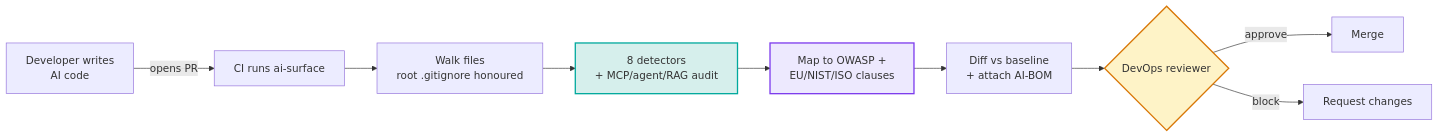
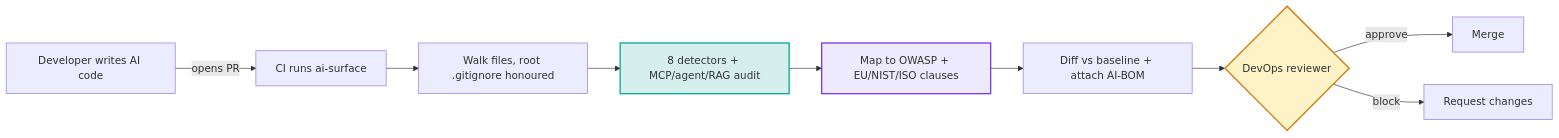
Before and after one commit to actions-marketplace-validations/apisec-inc_AI-Surface: the diagram in README.md, drawn with Mermaid. The commit also changed other lines of this file, not shown here.

````diff
--- a/README.md
+++ b/README.md
@@ -332,15 +268,15 @@
 ```mermaid
 flowchart LR
-    A[Developer writes<br/>AI code] -->|opens PR| B[CI runs ai-surface]
-    B --> C[Walk files<br/>root .gitignore honoured]
-    C --> D[8 detectors<br/>+ MCP/agent/RAG audit]
-    D --> E[Map to OWASP +<br/>EU/NIST/ISO clauses]
-    E --> F[Diff vs baseline<br/>+ attach AI-BOM]
+    A[Developer writes AI code] -->|opens PR| B[CI runs ai-surface]
+    B --> C[Walk files, root .gitignore honoured]
+    C --> D[8 detectors + MCP/agent/RAG audit]
+    D --> E[Map to OWASP + EU/NIST/ISO clauses]
+    E --> F[Diff vs baseline + attach AI-BOM]
     F --> G{DevOps reviewer}
     G -->|approve| H[Merge]
     G -->|block| I[Request changes]
 
     style D fill:#d6efec,stroke:#00a99d,stroke-width:2px
     style E fill:#ede9fe,stroke:#7c3aed,stroke-width:2px
     style G fill:#fef3c7,stroke:#d97706,stroke-width:2px
 ```
````
